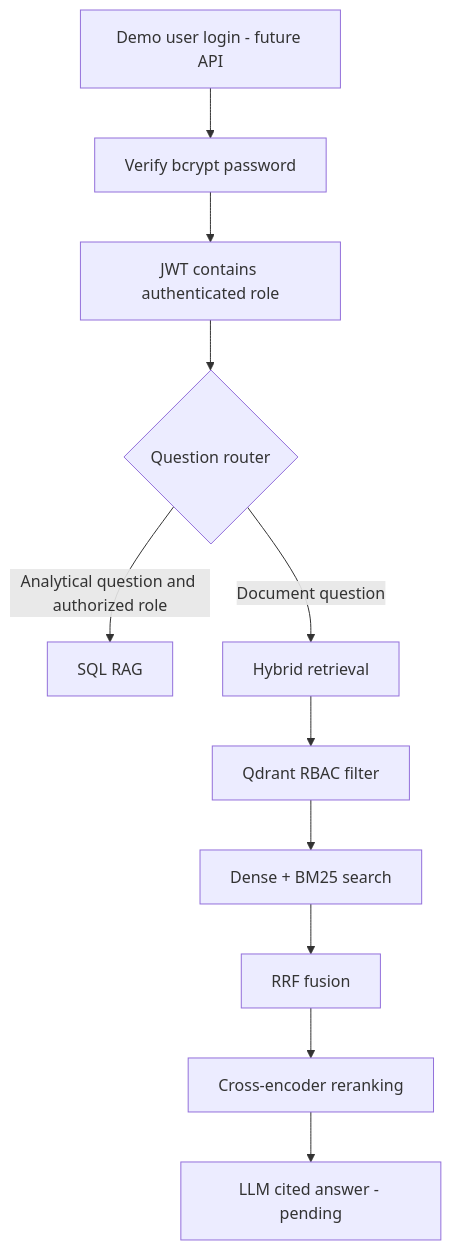
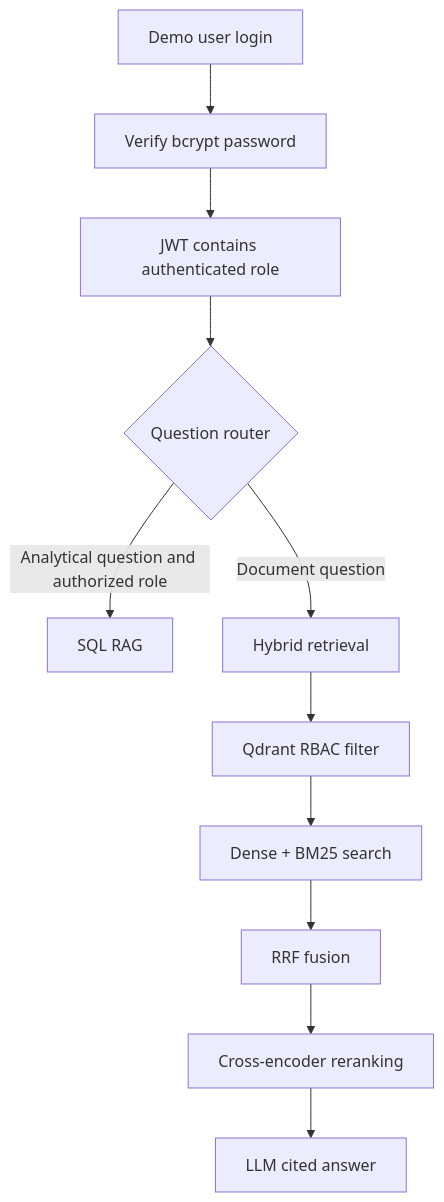
Before and after one commit to niteshwork1984-alt/MediBot: the diagram in README.md, drawn with Mermaid. The commit also changed other lines of this file and 9 other files, not shown here.

````diff
--- a/README.md
+++ b/README.md
@@ -24,13 +24,13 @@
 ```mermaid
 flowchart TD
-    A[Demo user login - future API] --> B[Verify bcrypt password]
+    A[Demo user login] --> B[Verify bcrypt password]
     B --> C[JWT contains authenticated role]
     C --> D{Question router}
     D -->|Analytical question and authorized role| E[SQL RAG]
     D -->|Document question| F[Hybrid retrieval]
     F --> G[Qdrant RBAC filter]
     G --> H[Dense + BM25 search]
     H --> I[RRF fusion]
     I --> J[Cross-encoder reranking]
-    J --> K[LLM cited answer - pending]
+    J --> K[LLM cited answer]
 ```
````
